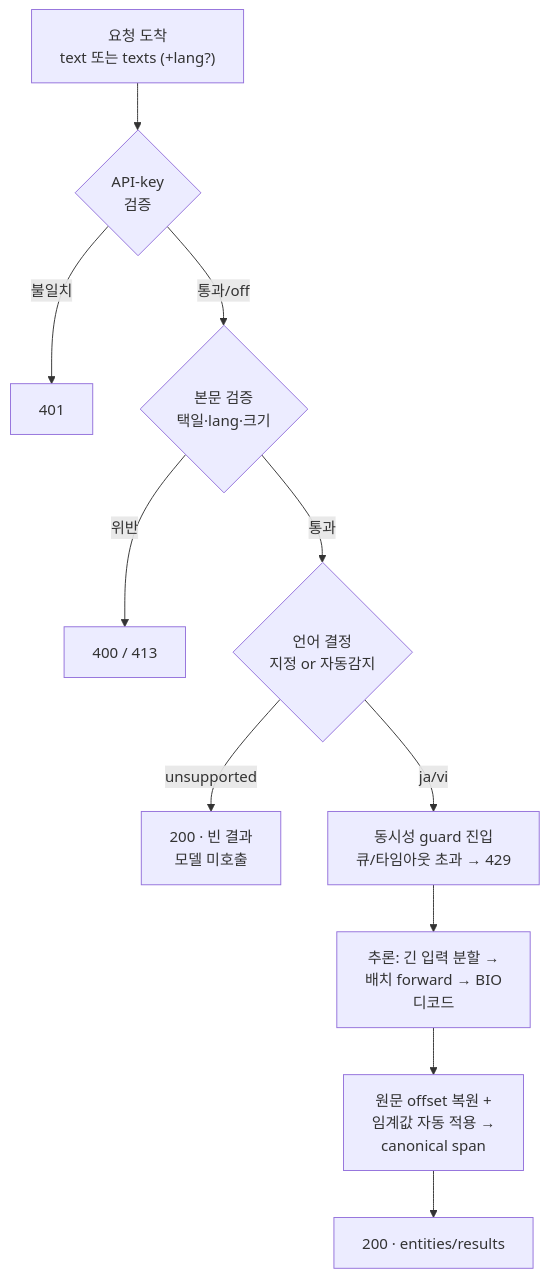
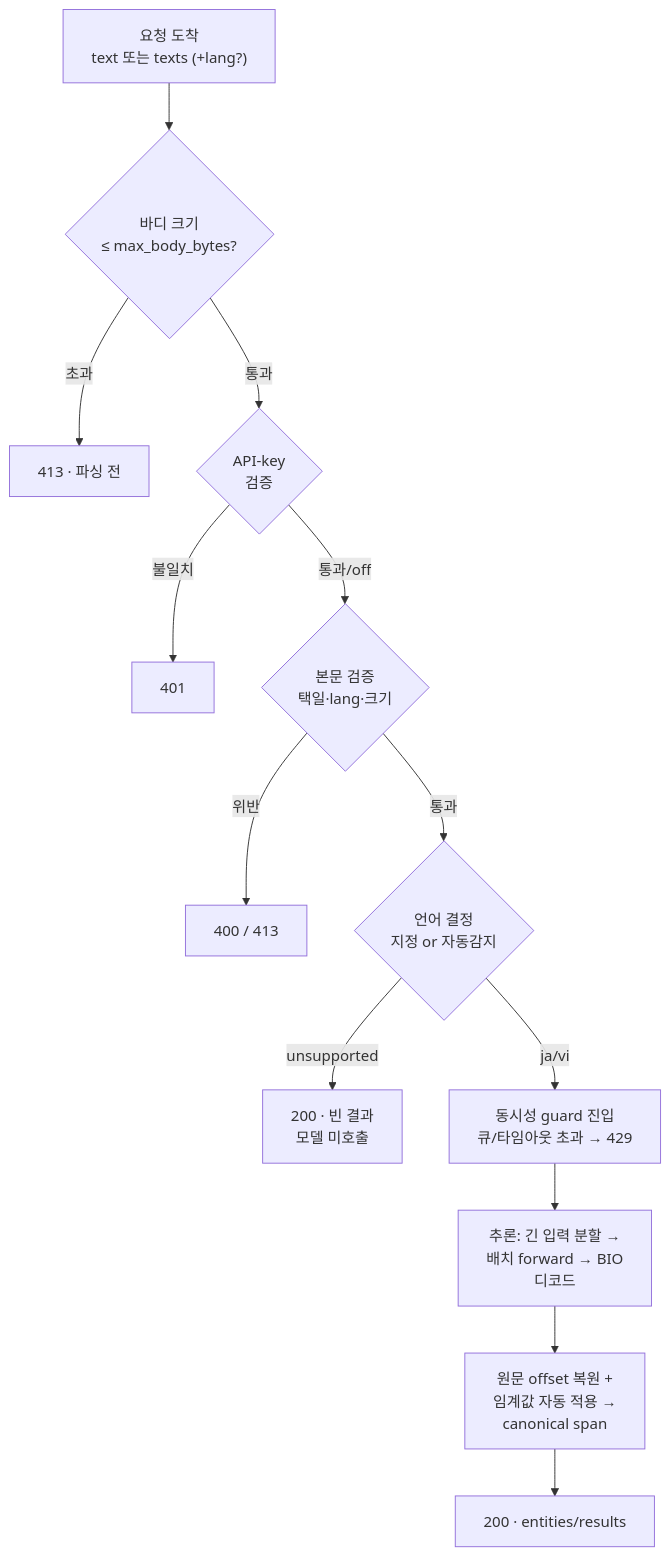
Before and after one commit to groovallstar/ner-pipeline-public: the diagram in docs/manual/rest-api-spec.md, drawn with Mermaid. The commit also changed other lines of this file and 1 other file, not shown here.

First line of the commit message:
docs(server): API 명세서에 바디 상한·422/500 봉투 계약 반영

````diff
--- a/docs/manual/rest-api-spec.md
+++ b/docs/manual/rest-api-spec.md
@@ -251,13 +264,15 @@
 ```mermaid
 flowchart TD
-    REQ["요청 도착<br/>text 또는 texts (+lang?)"] --> AUTH{"API-key<br/>검증"}
+    REQ["요청 도착<br/>text 또는 texts (+lang?)"] --> BODY{"바디 크기<br/>≤ max_body_bytes?"}
+    BODY -->|초과| E413B["413 · 파싱 전"]
+    BODY -->|통과| AUTH{"API-key<br/>검증"}
     AUTH -->|불일치| E401["401"]
     AUTH -->|통과/off| VAL{"본문 검증<br/>택일·lang·크기"}
     VAL -->|위반| ERR["400 / 413"]
     VAL -->|통과| LANG{"언어 결정<br/>지정 or 자동감지"}
     LANG -->|unsupported| EMPTY["200 · 빈 결과<br/>모델 미호출"]
     LANG -->|ja/vi| GUARD["동시성 guard 진입<br/>큐/타임아웃 초과 → 429"]
     GUARD --> INFER["추론: 긴 입력 분할 →<br/>배치 forward → BIO<br/>디코드"]
     INFER --> CANON["원문 offset 복원 +<br/>임계값 자동 적용 →<br/>canonical span"]
     CANON --> OK["200 · entities/results"]
 ```
````
